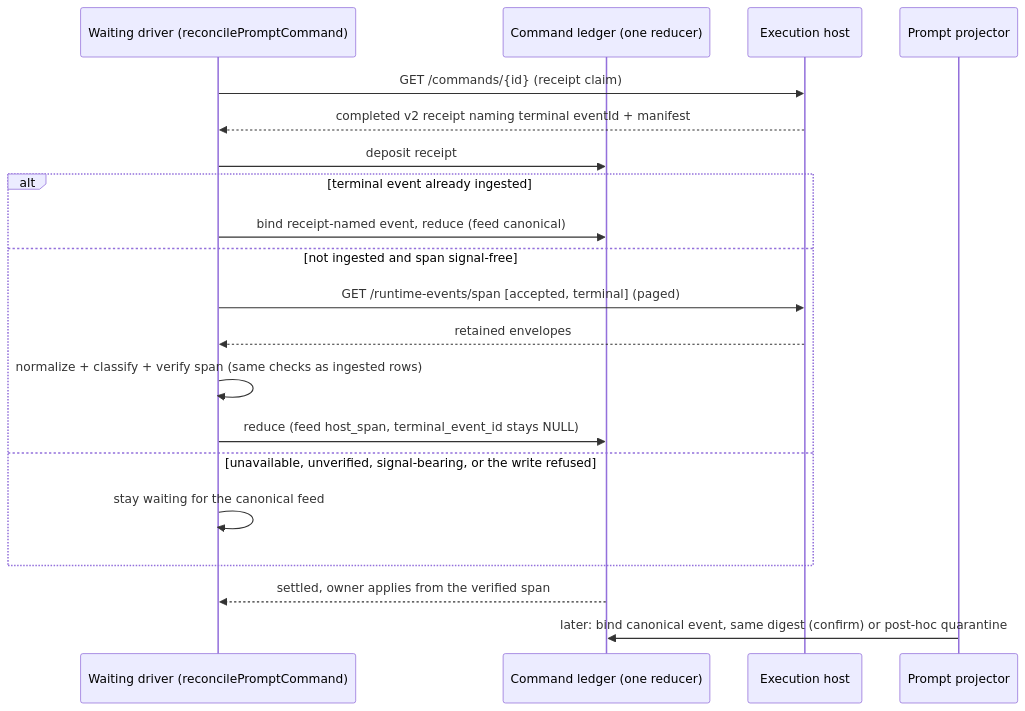
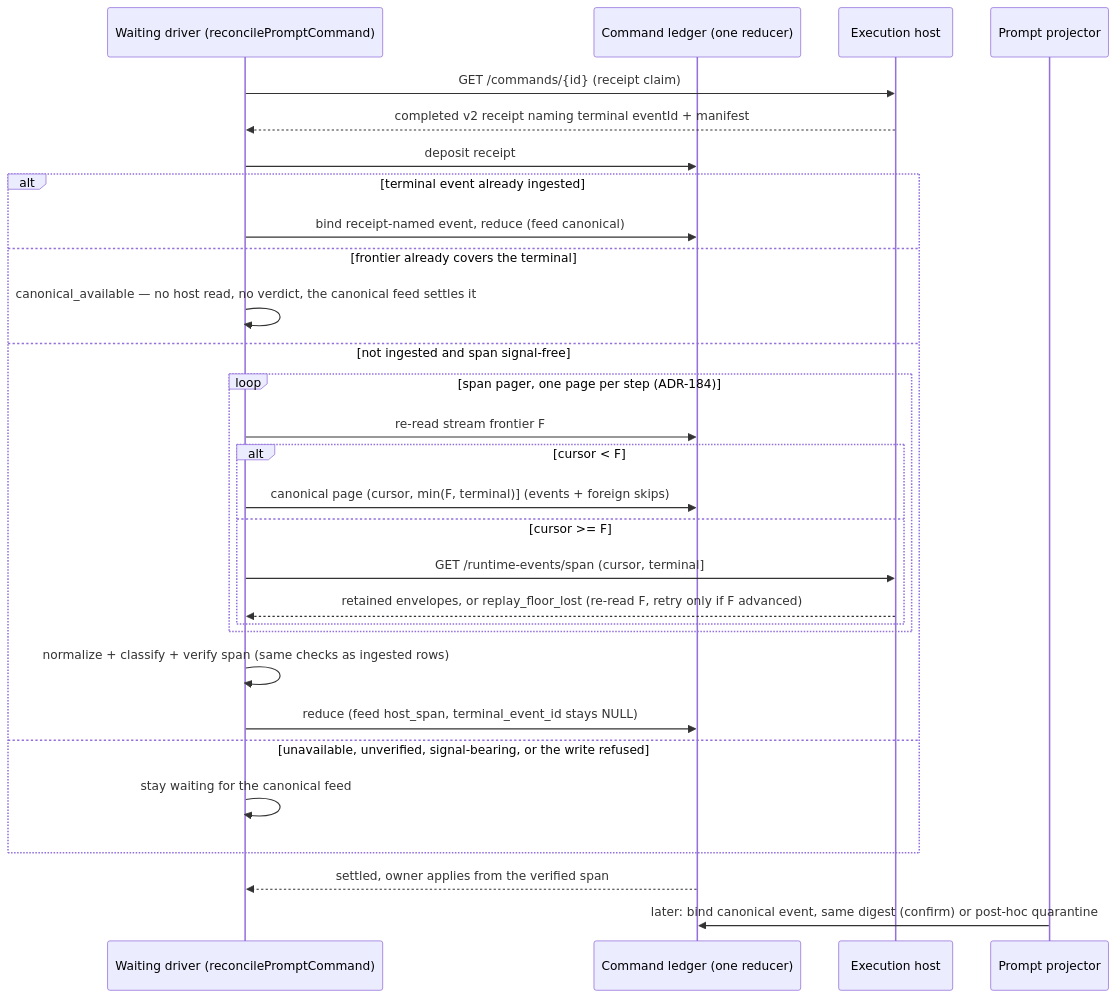
One commit to maister-dev/maister changed the fourth of 9 diagrams in docs/system-analytics/execution-prompt-lifecycle.md. Above: the diagram before and after it, drawn with Mermaid. The commit also changed other lines of this file and 11 other files, not shown here.

Commit message:
docs(outbox-span): ADR-184 and SDD — an open prompt does not pin the outbox; the span feed reads its ACKed prefix canonically

````diff
--- a/docs/system-analytics/execution-prompt-lifecycle.md
+++ b/docs/system-analytics/execution-prompt-lifecycle.md
@@ -197,22 +197,31 @@
 ```mermaid
 sequenceDiagram
   participant D as Waiting driver (reconcilePromptCommand)
   participant M as Command ledger (one reducer)
   participant H as Execution host
   participant P as Prompt projector
   D->>H: GET /commands/{id} (receipt claim)
   H-->>D: completed v2 receipt naming terminal eventId + manifest
   D->>M: deposit receipt
   alt terminal event already ingested
     D->>M: bind receipt-named event, reduce (feed canonical)
+  else frontier already covers the terminal
+    D->>D: canonical_available — no host read, no verdict, the canonical feed settles it
   else not ingested and span signal-free
-    D->>H: GET /runtime-events/span [accepted, terminal] (paged)
-    H-->>D: retained envelopes
+    loop span pager, one page per step (ADR-184)
+      D->>M: re-read stream frontier F
+      alt cursor < F
+        D->>M: canonical page (cursor, min(F, terminal)] (events + foreign skips)
+      else cursor >= F
+        D->>H: GET /runtime-events/span (cursor, terminal]
+        H-->>D: retained envelopes, or replay_floor_lost (re-read F, retry only if F advanced)
+      end
+    end
     D->>D: normalize + classify + verify span (same checks as ingested rows)
     D->>M: reduce (feed host_span, terminal_event_id stays NULL)
   else unavailable, unverified, signal-bearing, or the write refused
     D->>D: stay waiting for the canonical feed
   end
   M-->>D: settled, owner applies from the verified span
   P->>M: later: bind canonical event, same digest (confirm) or post-hoc quarantine
 ```
````
